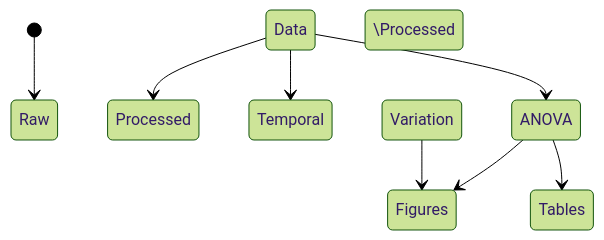
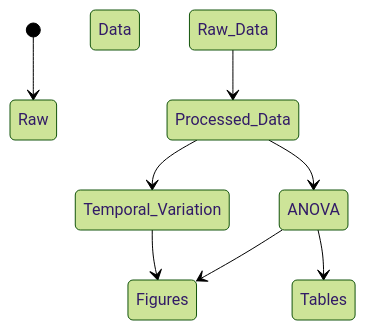
One commit to JacobRPrice/Stroud_Preserve changed the diagram in README.Rmd. Above: the diagram before and after it, drawn with Mermaid (forest theme). The commit also changed 1 other file, not shown here.

Commit message:
fix spaces in state diagram

````diff
--- a/README.Rmd
+++ b/README.Rmd
@@ -24,10 +24,10 @@
 ```mermaid
 stateDiagram-v2
 [*] --> Raw Data
-Raw Data --> Processed Data
-\Processed Data --> Temporal Variation
-Temporal Variation --> Figures
-Processed Data --> ANOVA
+Raw_Data --> Processed_Data
+Processed_Data --> Temporal_Variation
+Temporal_Variation --> Figures
+Processed_Data --> ANOVA
 ANOVA --> Figures
 ANOVA --> Tables
 ```
````
